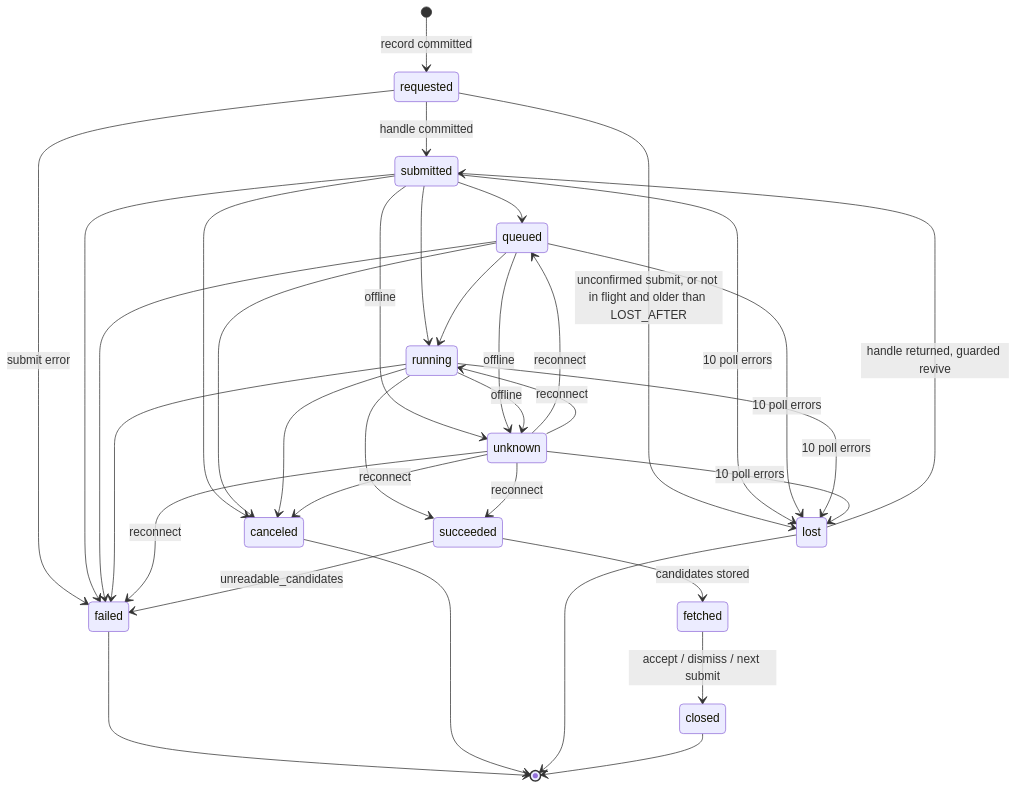
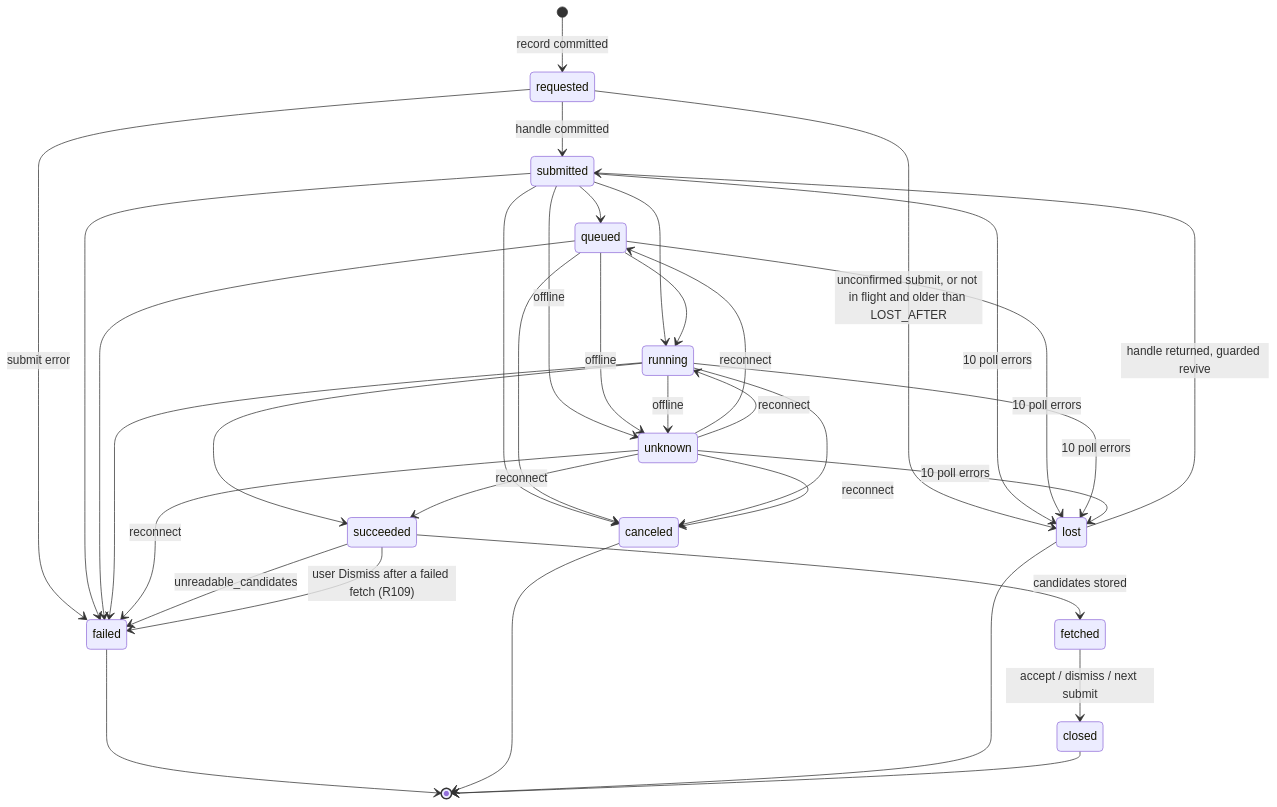
The diagram in docs/specs/region-edit.md (szymonbalasz/pocket-forge), drawn with Mermaid before and after one commit. The commit also changed other lines of this file and 6 other files, not shown here.

Commit message:
RGN: Dismiss a succeeded job after a failed fetch ends it failed (fetch_failed), handle kept, with a confirm (night 6, R109)

````diff
--- a/docs/specs/region-edit.md
+++ b/docs/specs/region-edit.md
@@ -199,37 +199,38 @@
 ```mermaid
 stateDiagram-v2
   [*] --> requested: record committed
   requested --> submitted: handle committed
   requested --> failed: submit error
   requested --> lost: unconfirmed submit, or not in flight and older than LOST_AFTER
   submitted --> queued
   submitted --> running
   queued --> running
   running --> succeeded
   submitted --> unknown: offline
   queued --> unknown: offline
   running --> unknown: offline
   unknown --> queued: reconnect
   unknown --> running: reconnect
   unknown --> succeeded: reconnect
   submitted --> failed
   queued --> failed
   running --> failed
   unknown --> failed: reconnect
   submitted --> canceled
   queued --> canceled
   running --> canceled
   unknown --> canceled: reconnect
   submitted --> lost: 10 poll errors
   queued --> lost: 10 poll errors
   running --> lost: 10 poll errors
   unknown --> lost: 10 poll errors
   lost --> submitted: handle returned, guarded revive
   succeeded --> fetched: candidates stored
   succeeded --> failed: unreadable_candidates
+  succeeded --> failed: user Dismiss after a failed fetch (R109)
   fetched --> closed: accept / dismiss / next submit
   failed --> [*]
   canceled --> [*]
   lost --> [*]
   closed --> [*]
 ```
````
